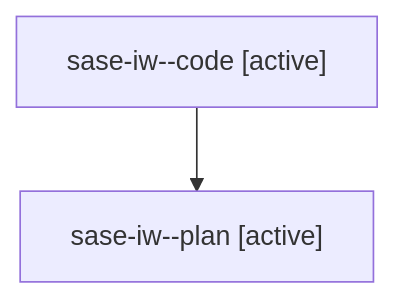
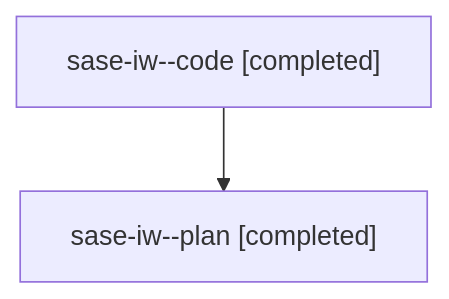
Before and after one commit to sase-org/sase--agents: the diagram in families/bbugyi200.athena.sase-iw.md, drawn with Mermaid. The commit also changed other lines of this file and 2170 other files, not shown here.

````diff
--- a/families/bbugyi200.athena.sase-iw.md
+++ b/families/bbugyi200.athena.sase-iw.md
@@ -9,6 +9,6 @@
 ```mermaid
 flowchart TD
-  n0["sase-iw--code [active]"]
-  n1["sase-iw--plan [active]"]
+  n0["sase-iw--code [completed]"]
+  n1["sase-iw--plan [completed]"]
   n0 --> n1
 ```
````
